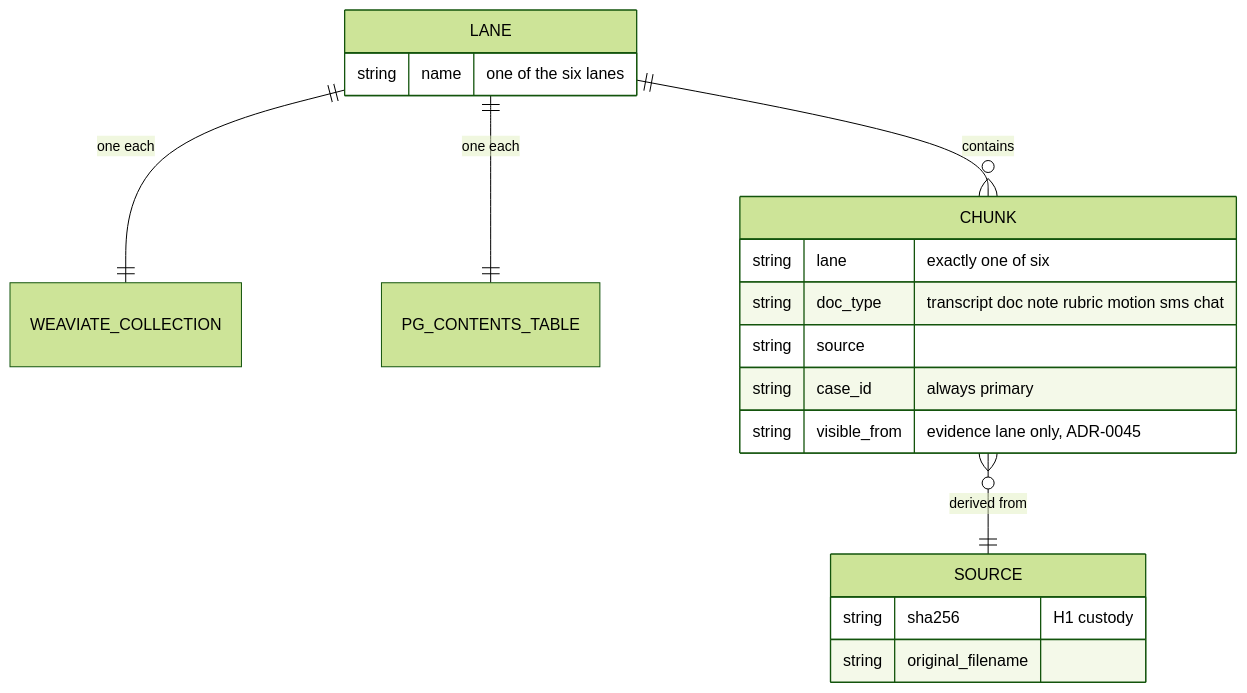
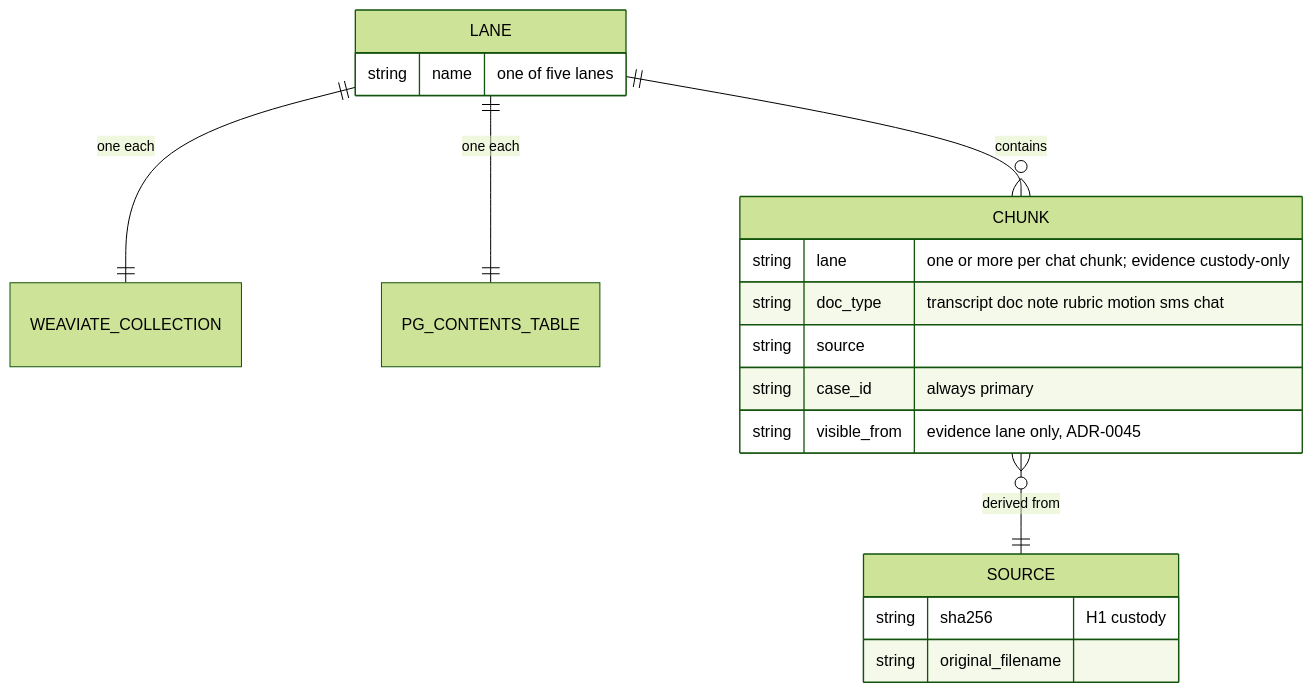
The first of 4 diagrams in docs/blueprint/structure.md (Cursedpotential/mcp-platform-agno-mvp), drawn with Mermaid (forest theme) before and after one commit. The commit also changed other lines of this file and 48 other files, not shown here.

````diff
--- a/docs/blueprint/structure.md
+++ b/docs/blueprint/structure.md
@@ -12,21 +12,21 @@
 ```mermaid
 erDiagram
     LANE ||--|| WEAVIATE_COLLECTION : "one each"
     LANE ||--|| PG_CONTENTS_TABLE : "one each"
     LANE ||--o{ CHUNK : contains
     CHUNK }o--|| SOURCE : "derived from"
     LANE {
-      string name "one of the six lanes"
+      string name "one of five lanes"
     }
     CHUNK {
-      string lane "exactly one of six"
+      string lane "one or more per chat chunk; evidence custody-only"
       string doc_type "transcript doc note rubric motion sms chat"
       string source
       string case_id "always primary"
       string visible_from "evidence lane only, ADR-0045"
     }
     SOURCE {
       string sha256 "H1 custody"
       string original_filename
     }
 ```
````
